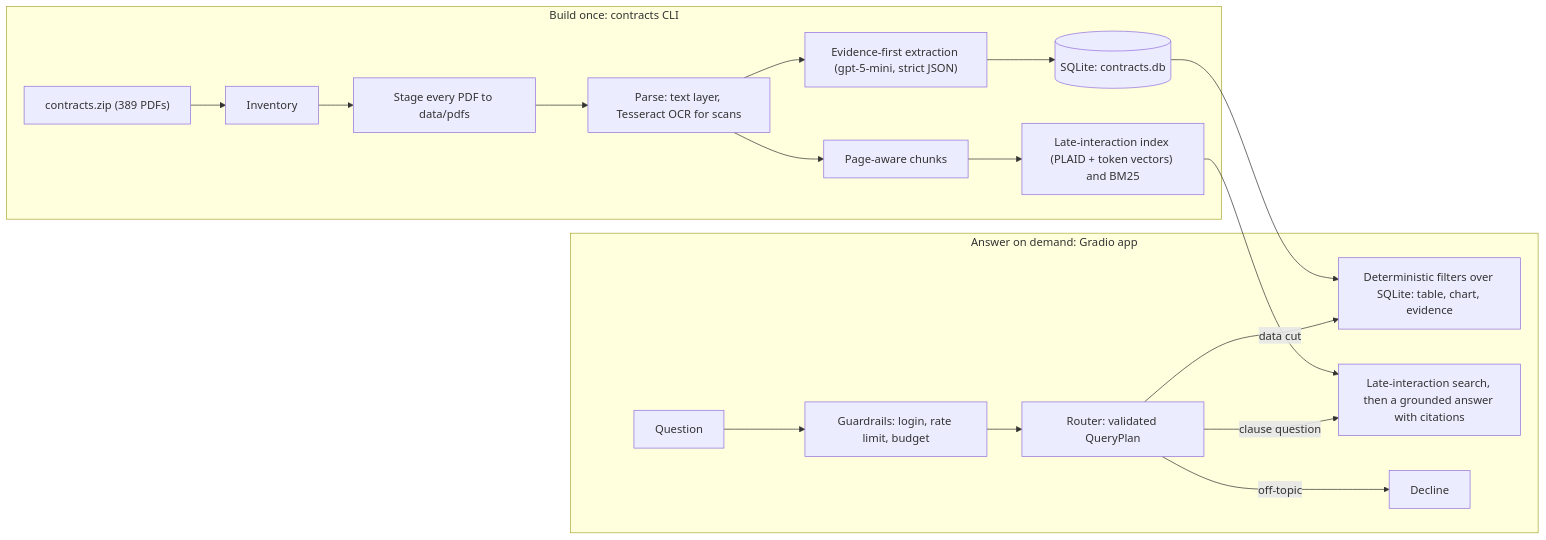
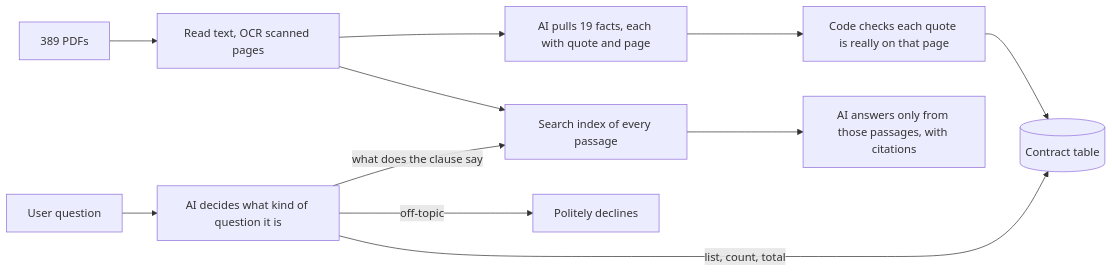
Before and after one commit to jasonrubenstein18/berkshire_contracts: the diagram in README.md, drawn with Mermaid. The commit also changed other lines of this file and 18 other files, not shown here.

````diff
--- a/README.md
+++ b/README.md
@@ -91,21 +52,13 @@
 ```mermaid
 flowchart LR
-  subgraph build["Build once: contracts CLI"]
-    zip["contracts.zip (389 PDFs)"] --> inventory["Inventory"]
-    inventory --> stage["Stage every PDF to data/pdfs"]
-    stage --> parse["Parse: text layer, Tesseract OCR for scans"]
-    parse --> extract["Evidence-first extraction (gpt-5-mini, strict JSON)"]
-    parse --> chunks["Page-aware chunks"]
-    extract --> db[("SQLite: contracts.db")]
-    chunks --> index["Late-interaction index (PLAID + token vectors) and BM25"]
-  end
-  subgraph app["Answer on demand: Gradio app"]
-    q["Question"] --> guard["Guardrails: login, rate limit, budget"]
-    guard --> router["Router: validated QueryPlan"]
-    router -->|data cut| structured["Deterministic filters over SQLite: table, chart, evidence"]
-    router -->|clause question| clause["Late-interaction search, then a grounded answer with citations"]
-    router -->|off-topic| decline["Decline"]
-  end
-  db --> structured
-  index --> clause
+  pdfs["389 PDFs"] --> read["Read text, OCR scanned pages"]
+  read --> extract["AI pulls 19 facts, each with quote and page"]
+  extract --> check["Code checks each quote is really on that page"]
+  check --> db[("Contract table")]
+  read --> index["Search index of every passage"]
+  question["User question"] --> plan["AI decides what kind of question it is"]
+  plan -->|"list, count, total"| db
+  plan -->|"what does the clause say"| index
+  index --> answer["AI answers only from those passages, with citations"]
+  plan -->|"off-topic"| decline["Politely declines"]
 ```
````
